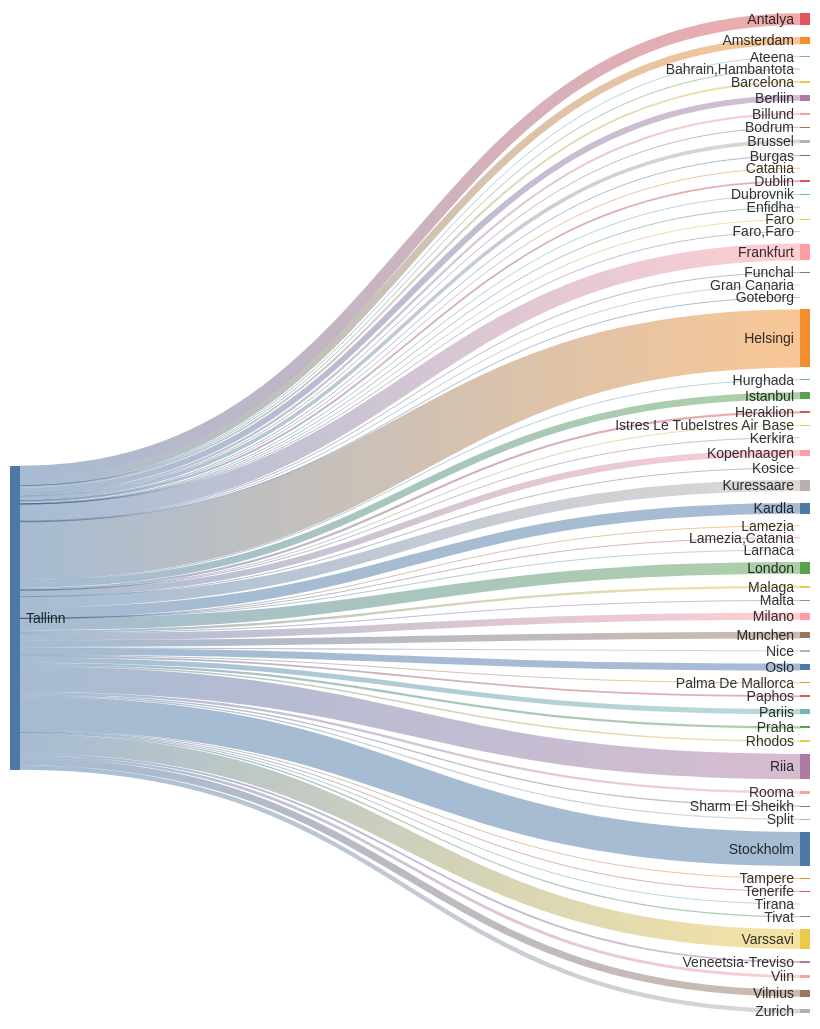
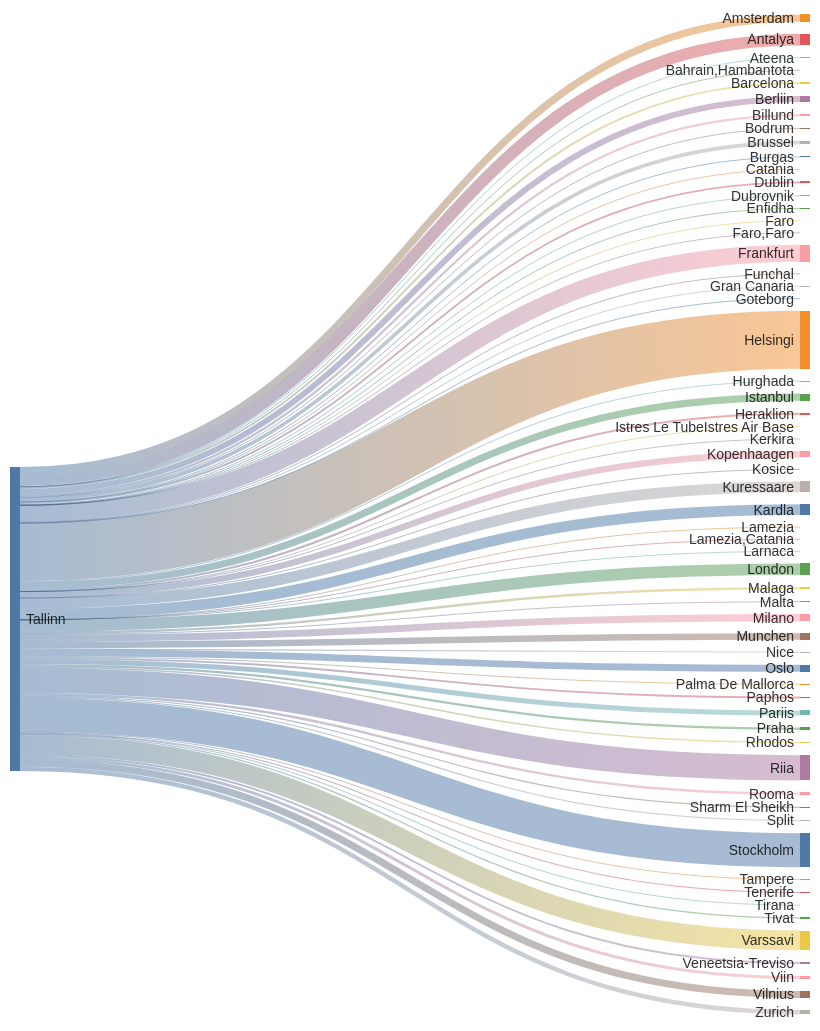
The second of 2 diagrams in README.md (rainermesi/tll-airport-departures), drawn with Mermaid before and after one commit. The commit also changed other lines of this file, not shown here.

````diff
--- a/README.md
+++ b/README.md
@@ -34,72 +34,72 @@
 ```mermaid
 ---
 config:
   sankey:
     showValues: false
     width: 800
     height: 1000
 ---
 sankey-beta
 %% source,target,value
-Tallinn,Amsterdam,157
-Tallinn,Antalya,253
+Tallinn,Amsterdam,159
+Tallinn,Antalya,254
 Tallinn,Ateena,16
 Tallinn,"Bahrain,Hambantota",1
 Tallinn,Barcelona,40
-Tallinn,Berliin,127
+Tallinn,Berliin,128
 Tallinn,Billund,49
 Tallinn,Bodrum,11
-Tallinn,Brussel,78
+Tallinn,Brussel,79
 Tallinn,Burgas,21
 Tallinn,Catania,2
-Tallinn,Dublin,39
+Tallinn,Dublin,40
 Tallinn,Dubrovnik,21
 Tallinn,Enfidha,7
 Tallinn,Faro,4
 Tallinn,"Faro,Faro",1
-Tallinn,Frankfurt,363
+Tallinn,Frankfurt,366
 Tallinn,Funchal,5
 Tallinn,Gran Canaria,15
 Tallinn,Goteborg,1
-Tallinn,Helsingi,1250
+Tallinn,Helsingi,1259
 Tallinn,Heraklion,46
 Tallinn,Hurghada,21
-Tallinn,Istanbul,151
+Tallinn,Istanbul,153
 Tallinn,Istres Le TubeIstres Air Base,2
 Tallinn,Kerkira,4
-Tallinn,Kopenhaagen,136
+Tallinn,Kopenhaagen,137
 Tallinn,Kosice,1
-Tallinn,Kuressaare,233
-Tallinn,Kardla,233
+Tallinn,Kuressaare,235
+Tallinn,Kardla,235
 Tallinn,Lamezia,1
 Tallinn,"Lamezia,Catania",3
 Tallinn,Larnaca,4
-Tallinn,London,251
+Tallinn,London,252
 Tallinn,Malaga,51
 Tallinn,Malta,15
-Tallinn,Milano,152
+Tallinn,Milano,153
 Tallinn,Munchen,142
 Tallinn,Nice,25
-Tallinn,Oslo,148
+Tallinn,Oslo,149
 Tallinn,Palma De Mallorca,19
-Tallinn,Paphos,38
-Tallinn,Pariis,108
+Tallinn,Paphos,39
+Tallinn,Pariis,109
 Tallinn,Praha,49
 Tallinn,Rhodos,32
-Tallinn,Riia,545
+Tallinn,Riia,549
 Tallinn,Rooma,52
 Tallinn,Sharm El Sheikh,26
 Tallinn,Split,25
-Tallinn,Stockholm,735
+Tallinn,Stockholm,738
 Tallinn,Tampere,17
-Tallinn,Tenerife,21
+Tallinn,Tenerife,22
 Tallinn,Tirana,8
 Tallinn,Tivat,26
-Tallinn,Varssavi,424
+Tallinn,Varssavi,427
 Tallinn,Veneetsia-Treviso,40
-Tallinn,Viin,62
-Tallinn,Vilnius,152
-Tallinn,Zurich,95
+Tallinn,Viin,63
+Tallinn,Vilnius,153
+Tallinn,Zurich,96
 
 
 ```
````
